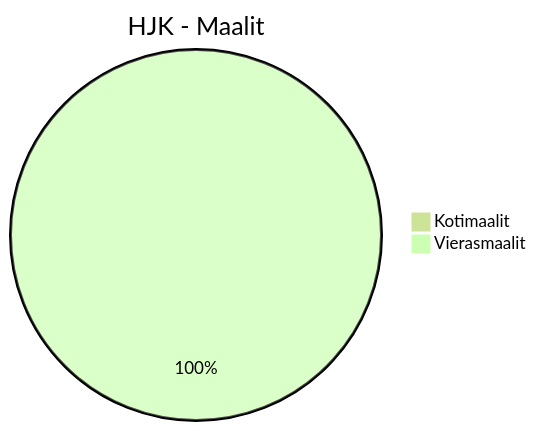
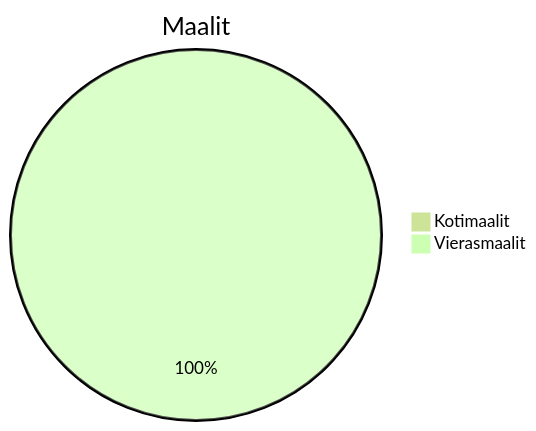
Before and after one commit to Linux88888/Veikkausliiga2025: diagram 13 of 27 in Yleisö2025.md, drawn with Mermaid (forest theme). The commit also changed other lines of this file, not shown here.

````diff
--- a/Yleisö2025.md
+++ b/Yleisö2025.md
@@ -116,5 +114,5 @@
 ```mermaid
-pie title HJK - Maalit
+pie title Maalit
     "Kotimaalit" : 0
     "Vierasmaalit" : 2
 ```
````
